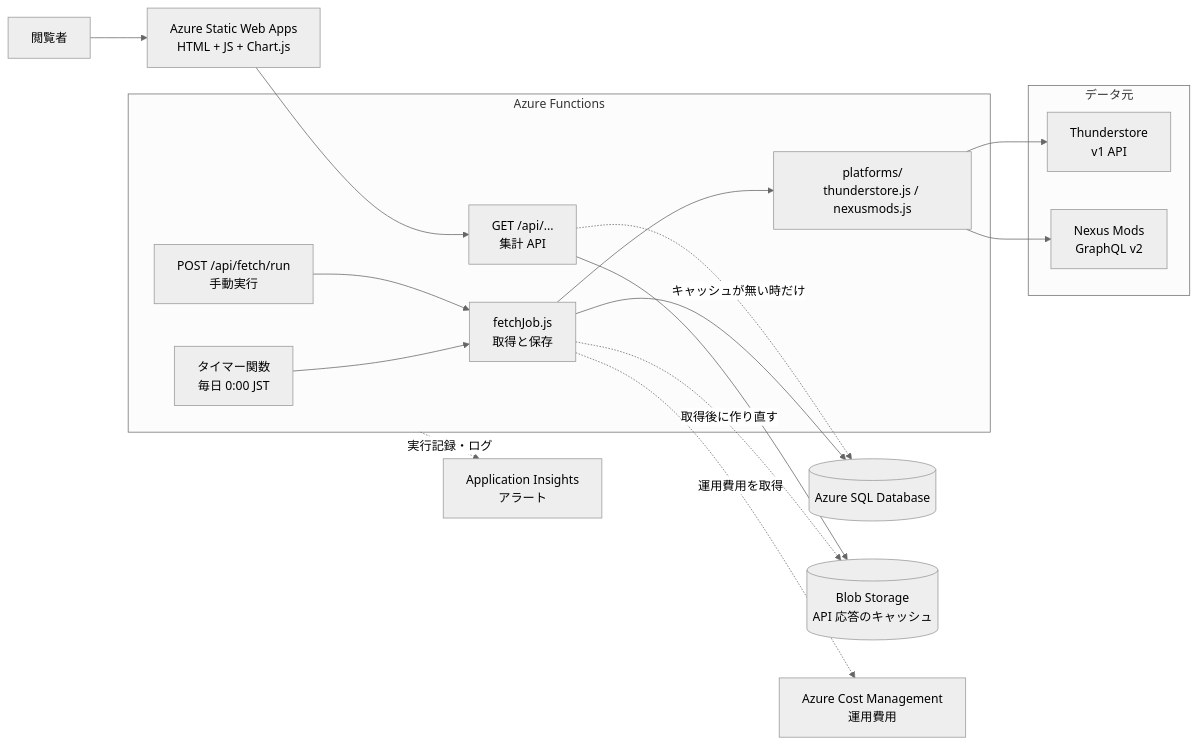
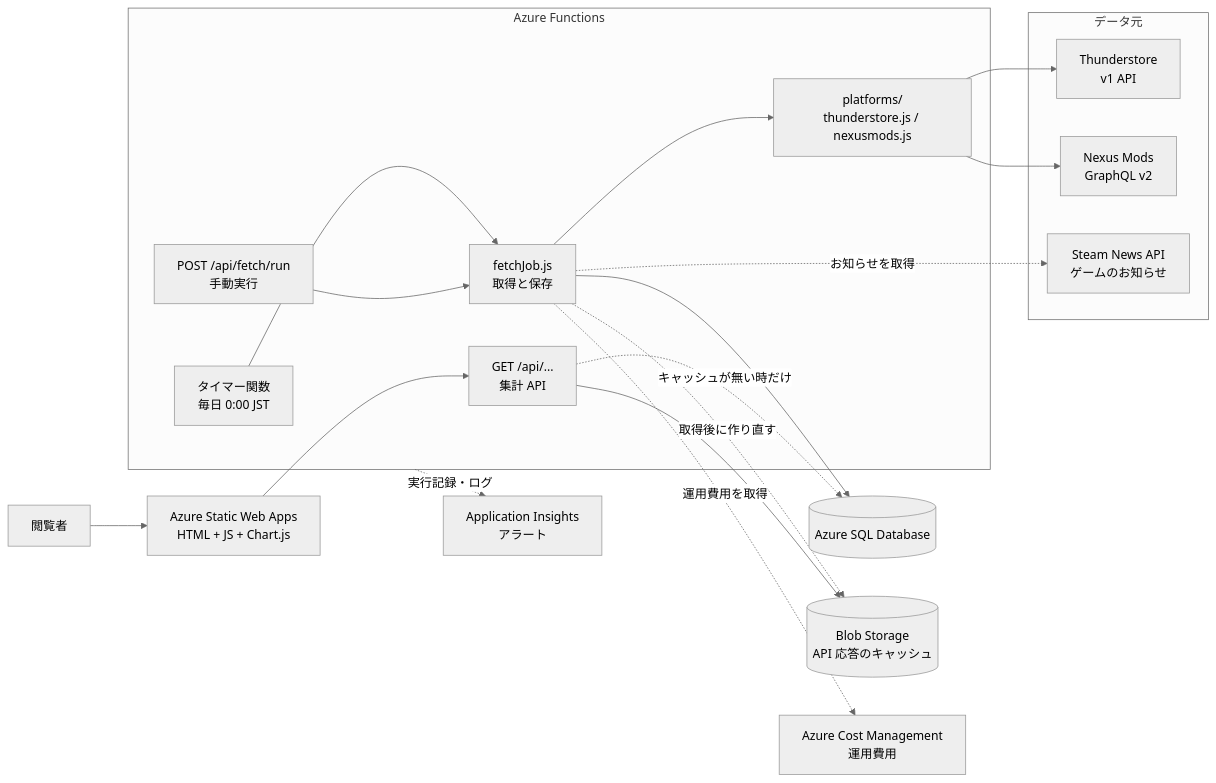
The diagram in README.md (ryuka-dev/Mod-Insight), drawn with Mermaid (neutral theme) before and after one commit. The commit also changed other lines of this file and 2 other files, not shown here.

First line of the commit message:
ゲームのお知らせの取得と GET /api/events を文書に書く

````diff
--- a/README.md
+++ b/README.md
@@ -170,36 +170,38 @@
 ```mermaid
 flowchart LR
   subgraph Sources[データ元]
     TS[Thunderstore<br/>v1 API]
     NX[Nexus Mods<br/>GraphQL v2]
+    Steam[Steam News API<br/>ゲームのお知らせ]
   end
 
   subgraph Func[Azure Functions]
     Timer[タイマー関数<br/>毎日 0:00 JST]
     Run[POST /api/fetch/run<br/>手動実行]
     Job[fetchJob.js<br/>取得と保存]
     Adapters[platforms/<br/>thunderstore.js / nexusmods.js]
     Api[GET /api/...<br/>集計 API]
   end
 
   DB[(Azure SQL Database)]
   Blob[(Blob Storage<br/>API 応答のキャッシュ)]
   Web[Azure Static Web Apps<br/>HTML + JS + Chart.js]
   AI[Application Insights<br/>アラート]
   Cost[Azure Cost Management<br/>運用費用]
   User[閲覧者]
 
   Timer --> Job
   Run --> Job
   Job --> Adapters
   Adapters --> TS
   Adapters --> NX
   Job --> DB
+  Job -.お知らせを取得.-> Steam
   Job -.取得後に作り直す.-> Blob
   Job -.運用費用を取得.-> Cost
   Api --> Blob
   Api -.キャッシュが無い時だけ.-> DB
   User --> Web
   Web --> Api
   Func -.実行記録・ログ.-> AI
 ```
````
